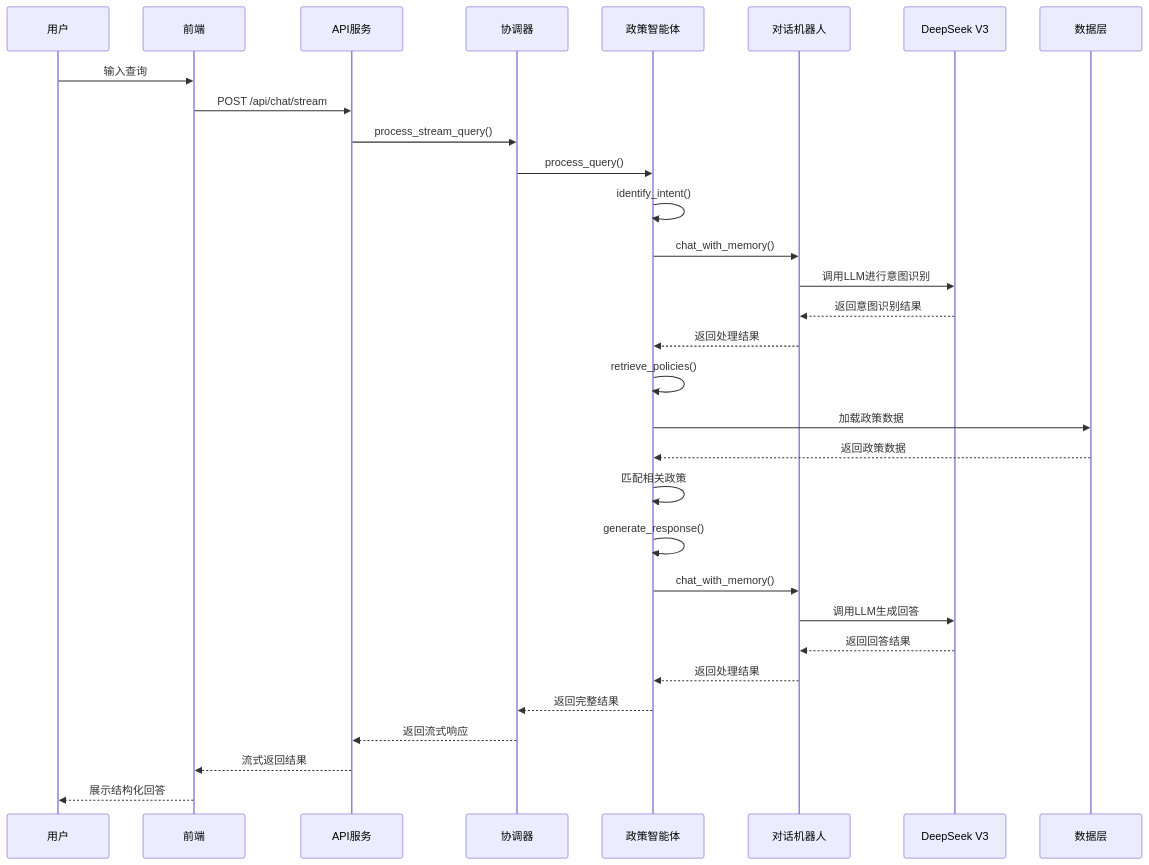
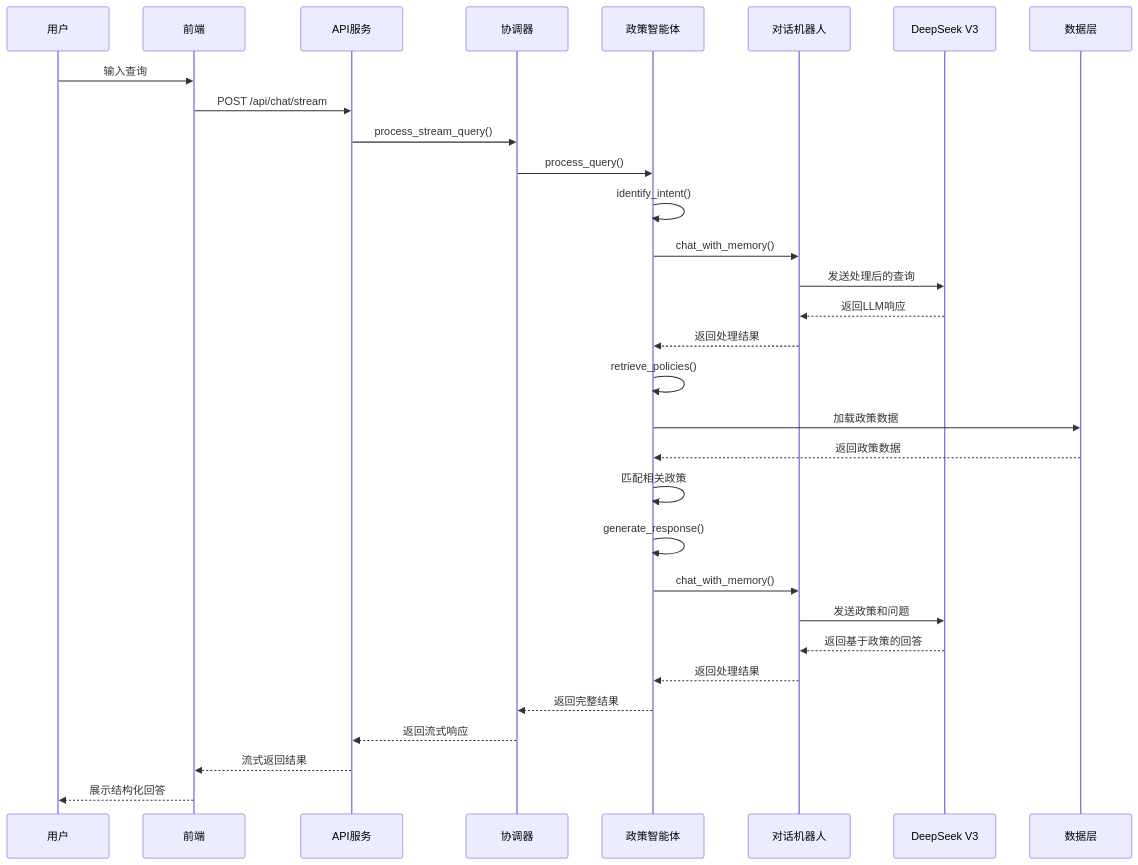
One commit to tianyong0618/policiespoc changed the first of 3 diagrams in doc/04_工程过程/03_系统设计/01_概要设计/project_architecture_plan.md. Above: the diagram before and after it, drawn with Mermaid. The commit also changed other lines of this file and 28 other files, not shown here.

````diff
--- a/doc/04_工程过程/03_系统设计/01_概要设计/project_architecture_plan.md
+++ b/doc/04_工程过程/03_系统设计/01_概要设计/project_architecture_plan.md
@@ -91,34 +91,38 @@
 ```mermaid
 sequenceDiagram
     participant User as 用户
     participant Frontend as 前端
     participant API as API服务
     participant Orchestrator as 协调器
-    participant PolicyAgent as 政策智能体
+    participant PolicyMatcher as 政策智能体
     participant ChatBot as 对话机器人
     participant LLM as DeepSeek V3
     participant Data as 数据层
 
     User->>Frontend: 输入查询
     Frontend->>API: POST /api/chat/stream
     API->>Orchestrator: process_stream_query()
-    Orchestrator->>PolicyAgent: process_query()
-    PolicyAgent->>PolicyAgent: identify_intent()
-    PolicyAgent->>ChatBot: chat_with_memory()
-    ChatBot->>LLM: 调用LLM进行意图识别
-    LLM-->>ChatBot: 返回意图识别结果
-    ChatBot-->>PolicyAgent: 返回处理结果
-    PolicyAgent->>PolicyAgent: retrieve_policies()
-    PolicyAgent->>Data: 加载政策数据
-    Data-->>PolicyAgent: 返回政策数据
-    PolicyAgent->>PolicyAgent: 匹配相关政策
-    PolicyAgent->>PolicyAgent: generate_response()
-    PolicyAgent->>ChatBot: chat_with_memory()
-    ChatBot->>LLM: 调用LLM生成回答
-    LLM-->>ChatBot: 返回回答结果
-    ChatBot-->>PolicyAgent: 返回处理结果
-    PolicyAgent-->>Orchestrator: 返回完整结果
+    Orchestrator->>PolicyMatcher: process_query()
+    PolicyMatcher->>PolicyMatcher: identify_intent()
+    PolicyMatcher->>ChatBot: chat_with_memory()
+    
+    ChatBot->>LLM: 发送处理后的查询
+    LLM-->>ChatBot: 返回LLM响应
+    
+    ChatBot-->>PolicyMatcher: 返回处理结果
+    PolicyMatcher->>PolicyMatcher: retrieve_policies()
+    PolicyMatcher->>Data: 加载政策数据
+    Data-->>PolicyMatcher: 返回政策数据
+    PolicyMatcher->>PolicyMatcher: 匹配相关政策
+    PolicyMatcher->>PolicyMatcher: generate_response()
+    PolicyMatcher->>ChatBot: chat_with_memory()
+    
+    ChatBot->>LLM: 发送政策和问题
+    LLM-->>ChatBot: 返回基于政策的回答
+    
+    ChatBot-->>PolicyMatcher: 返回处理结果
+    PolicyMatcher-->>Orchestrator: 返回完整结果
     Orchestrator-->>API: 返回流式响应
     API-->>Frontend: 流式返回结果
     Frontend-->>User: 展示结构化回答
 ```
````
